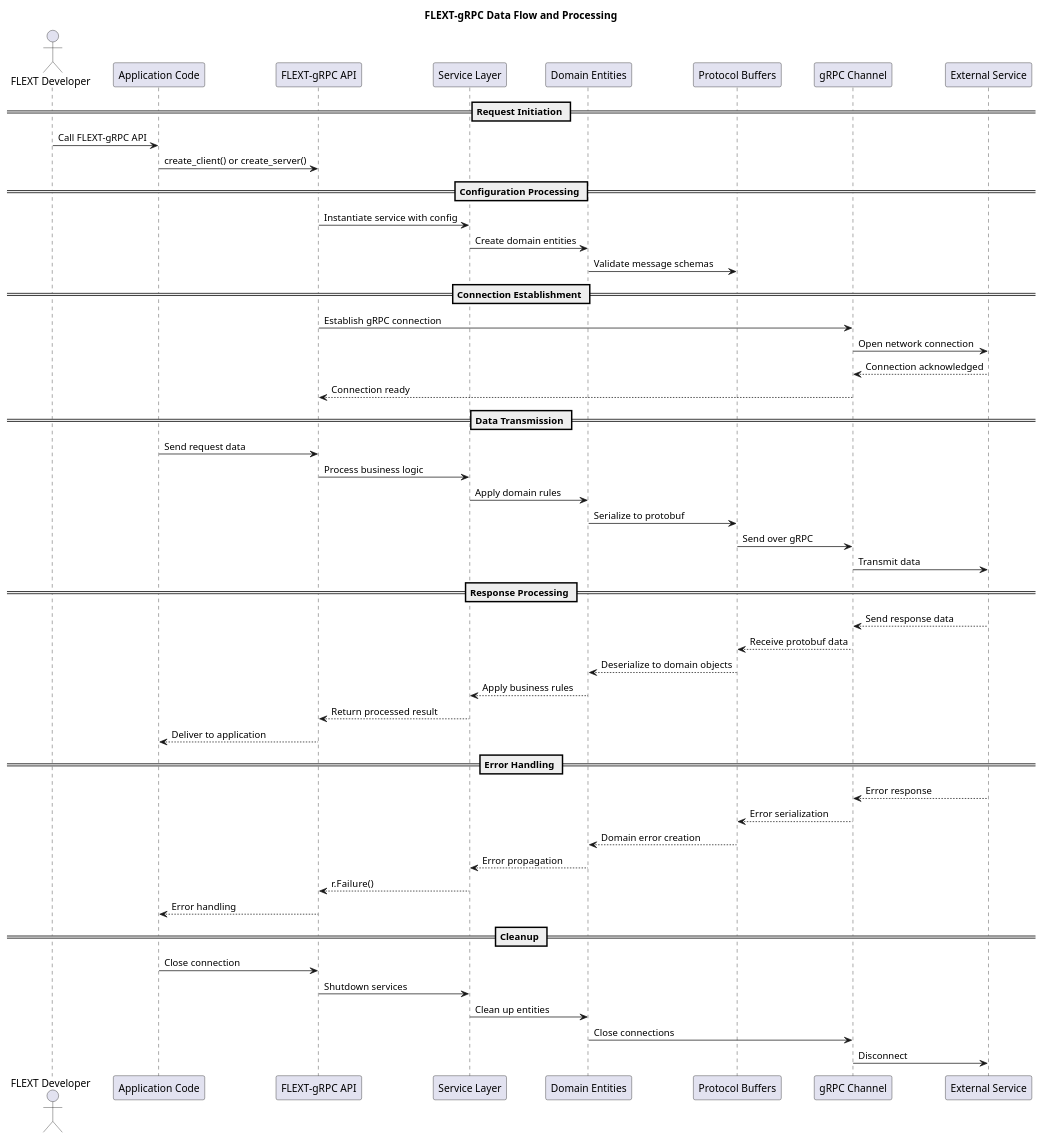
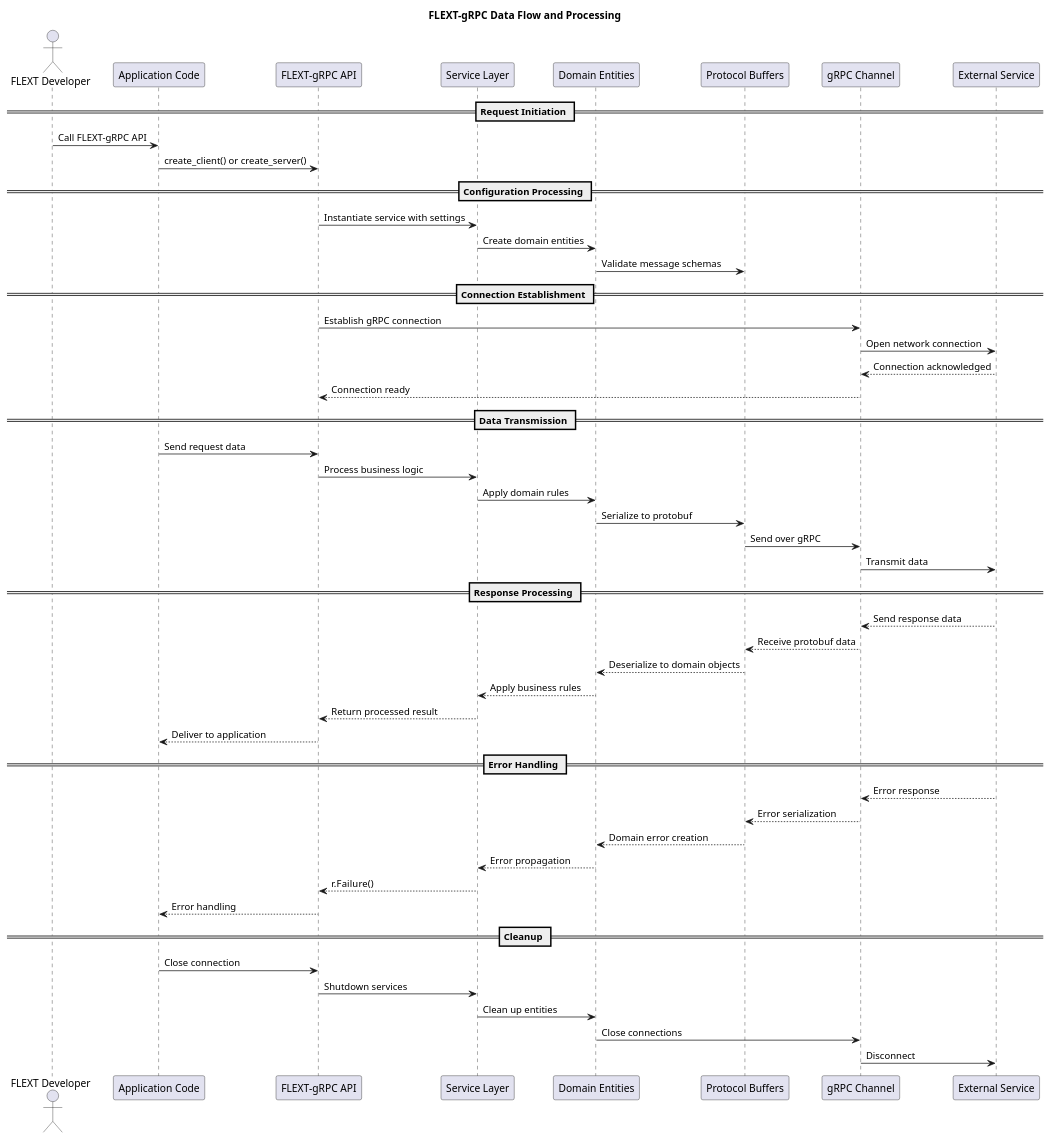
One commit to flext-sh/flext-grpc changed the diagram in docs/architecture/diagrams/data-flow.puml. Above: the diagram before and after it, drawn with PlantUML. The commit also changed 39 other files, not shown here.

```diff
--- a/docs/architecture/diagrams/data-flow.puml
+++ b/docs/architecture/diagrams/data-flow.puml
@@ -1,60 +1,60 @@
 @startuml FLEXT-gRPC Data Flow Diagram
 
 title FLEXT-gRPC Data Flow and Processing
 
 actor "FLEXT Developer" as developer
 participant "Application Code" as app
 participant "FLEXT-gRPC API" as api
 participant "Service Layer" as service
 participant "Domain Entities" as domain
 participant "Protocol Buffers" as protobuf
 participant "gRPC Channel" as channel
 participant "External Service" as external
 
 == Request Initiation ==
 developer -> app: Call FLEXT-gRPC API
 app -> api: create_client() or create_server()
 
 == Configuration Processing ==
-api -> service: Instantiate service with config
+api -> service: Instantiate service with settings
 service -> domain: Create domain entities
 domain -> protobuf: Validate message schemas
 
 == Connection Establishment ==
 api -> channel: Establish gRPC connection
 channel -> external: Open network connection
 external --> channel: Connection acknowledged
 channel --> api: Connection ready
 
 == Data Transmission ==
 app -> api: Send request data
 api -> service: Process business logic
 service -> domain: Apply domain rules
 domain -> protobuf: Serialize to protobuf
 protobuf -> channel: Send over gRPC
 channel -> external: Transmit data
 
 == Response Processing ==
 external --> channel: Send response data
 channel --> protobuf: Receive protobuf data
 protobuf --> domain: Deserialize to domain objects
 domain --> service: Apply business rules
 service --> api: Return processed result
 api --> app: Deliver to application
 
 == Error Handling ==
 external --> channel: Error response
 channel --> protobuf: Error serialization
 protobuf --> domain: Domain error creation
 domain --> service: Error propagation
 service --> api: r.Failure()
 api --> app: Error handling
 
 == Cleanup ==
 app -> api: Close connection
 api -> service: Shutdown services
 service -> domain: Clean up entities
 domain -> channel: Close connections
 channel -> external: Disconnect
 
 @enduml
```
